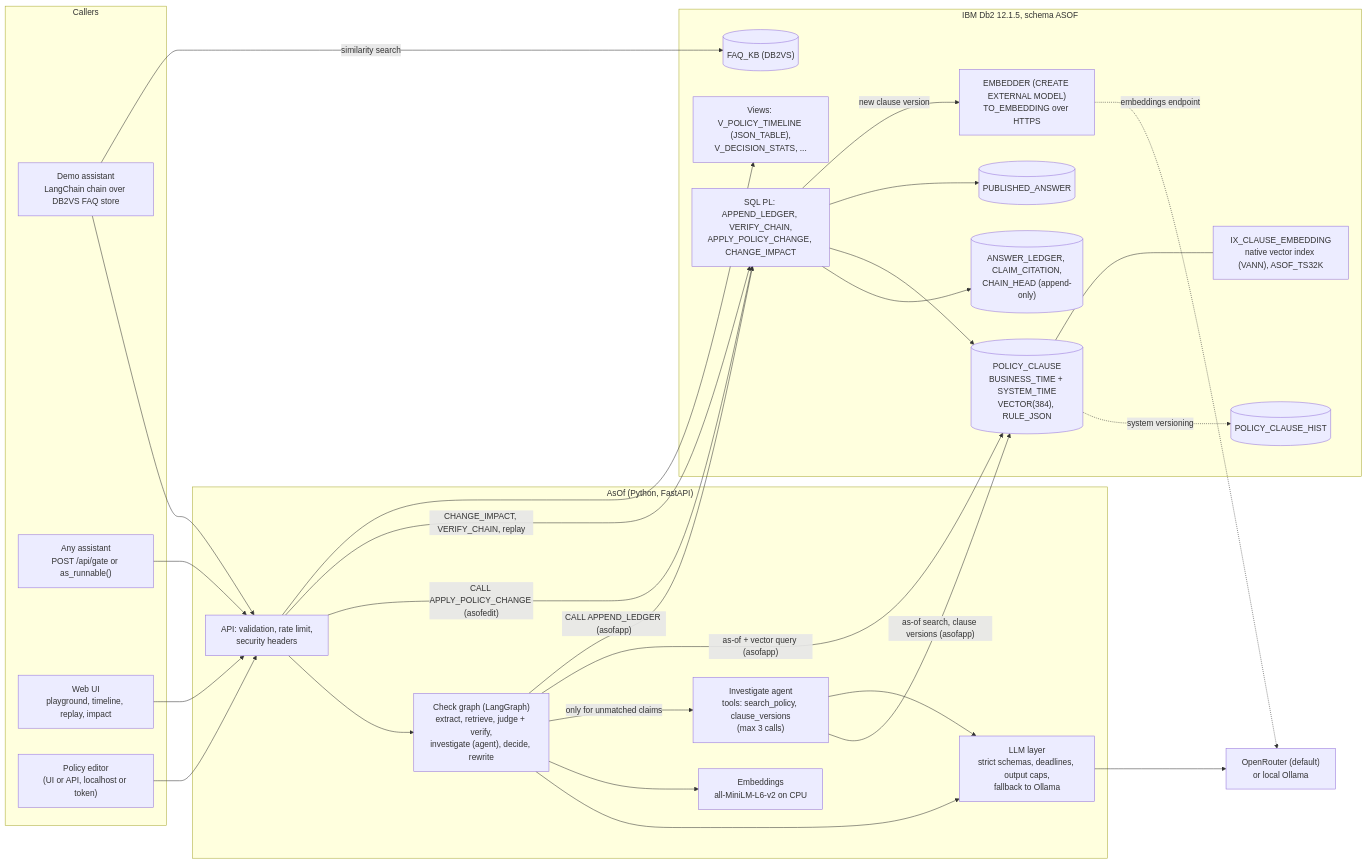
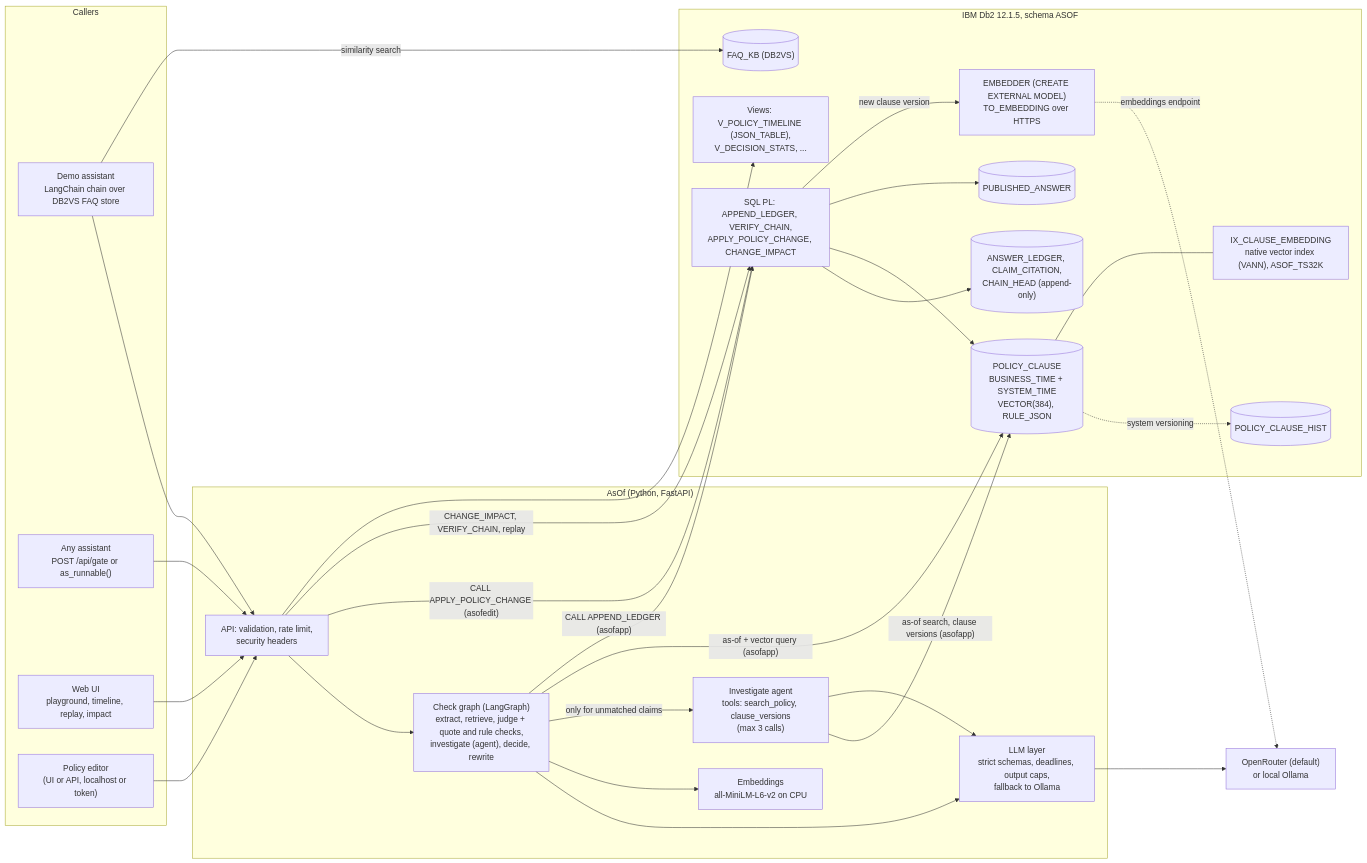
The first of 3 diagrams in submissions/asof/architecture.md (KunalGolaIBM/IBM_Db2_TechX_Project_Submission), drawn with Mermaid before and after one commit. The commit also changed other lines of this file and 7 other files, not shown here.

````diff
--- a/submissions/asof/architecture.md
+++ b/submissions/asof/architecture.md
@@ -15,55 +15,55 @@
 ```mermaid
 flowchart LR
     subgraph Callers
         BOT["Demo assistant<br/>LangChain chain over DB2VS FAQ store"]
         APP["Any assistant<br/>POST /api/gate or as_runnable()"]
         UI["Web UI<br/>playground, timeline, replay, impact"]
         EDITOR["Policy editor<br/>(UI or API, localhost or token)"]
     end
 
     subgraph AsOf["AsOf (Python, FastAPI)"]
         API["API: validation, rate limit,<br/>security headers"]
-        GATE["Check graph (LangGraph)<br/>extract, retrieve, judge + verify,<br/>investigate (agent), decide, rewrite"]
+        GATE["Check graph (LangGraph)<br/>extract, retrieve, judge + quote and rule checks,<br/>investigate (agent), decide, rewrite"]
         AGENT["Investigate agent<br/>tools: search_policy, clause_versions<br/>(max 3 calls)"]
         LLM["LLM layer<br/>strict schemas, deadlines, output caps,<br/>fallback to Ollama"]
         EMB["Embeddings<br/>all-MiniLM-L6-v2 on CPU"]
     end
 
     PROVIDER["OpenRouter (default)<br/>or local Ollama"]
 
     subgraph DB2["IBM Db2 12.1.5, schema ASOF"]
         PC[("POLICY_CLAUSE<br/>BUSINESS_TIME + SYSTEM_TIME<br/>VECTOR(384), RULE_JSON")]
         HIST[("POLICY_CLAUSE_HIST")]
         LED[("ANSWER_LEDGER, CLAIM_CITATION,<br/>CHAIN_HEAD (append-only)")]
         PUB[("PUBLISHED_ANSWER")]
         FAQ[("FAQ_KB (DB2VS)")]
         PROCS["SQL PL: APPEND_LEDGER, VERIFY_CHAIN,<br/>APPLY_POLICY_CHANGE, CHANGE_IMPACT"]
         MODEL["EMBEDDER (CREATE EXTERNAL MODEL)<br/>TO_EMBEDDING over HTTPS"]
         VIDX["IX_CLAUSE_EMBEDDING<br/>native vector index (VANN), ASOF_TS32K"]
         VIEWS["Views: V_POLICY_TIMELINE (JSON_TABLE),<br/>V_DECISION_STATS, ..."]
     end
 
     BOT --> API
     APP --> API
     UI --> API
     EDITOR --> API
     API --> GATE
     GATE --> LLM --> PROVIDER
     GATE --> EMB
     GATE -- "only for unmatched claims" --> AGENT
     AGENT -- "as-of search, clause versions (asofapp)" --> PC
     AGENT --> LLM
     GATE -- "as-of + vector query (asofapp)" --> PC
     GATE -- "CALL APPEND_LEDGER (asofapp)" --> PROCS
     API -- "CALL APPLY_POLICY_CHANGE (asofedit)" --> PROCS
     API -- "CHANGE_IMPACT, VERIFY_CHAIN, replay" --> PROCS
     PROCS --> LED
     PROCS --> PC
     PROCS --> PUB
     PC -. "system versioning" .-> HIST
     PROCS -- "new clause version" --> MODEL
     MODEL -. "embeddings endpoint" .-> PROVIDER
     PC --- VIDX
     BOT -- "similarity search" --> FAQ
     API --> VIEWS
 ```
````
